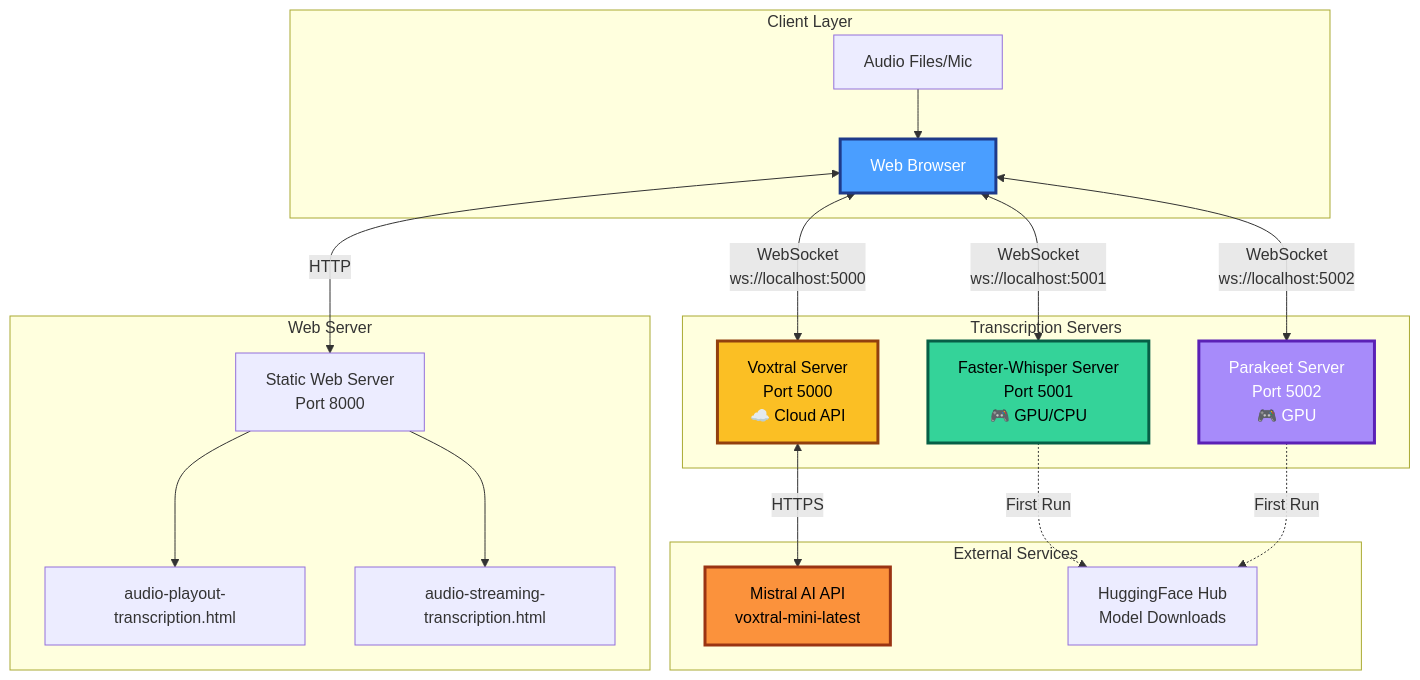
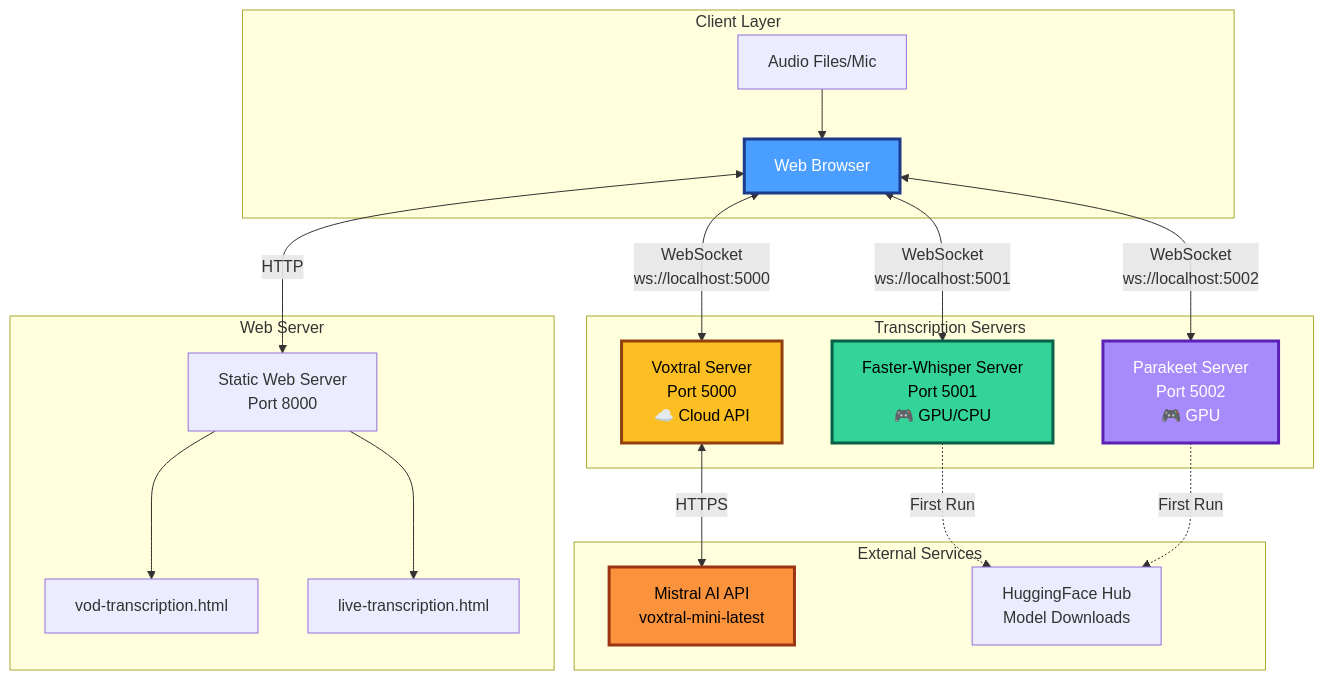
One commit to gjovanov/speech2text changed the diagram in assets/system-architecture.mmd. Above: the diagram before and after it, drawn with Mermaid. The commit also changed 16 other files, not shown here.

```diff
--- a/assets/system-architecture.mmd
+++ b/assets/system-architecture.mmd
@@ -1,41 +1,41 @@
 graph TB
     subgraph "Client Layer"
         Browser[Web Browser]
         Audio[Audio Files/Mic]
     end
 
     subgraph "Web Server"
         WebUI[Static Web Server<br/>Port 8000]
-        HTML1[audio-playout-transcription.html]
-        HTML2[audio-streaming-transcription.html]
+        HTML1[vod-transcription.html]
+        HTML2[live-transcription.html]
     end
 
     subgraph "Transcription Servers"
         Voxtral[Voxtral Server<br/>Port 5000<br/>☁️ Cloud API]
         Whisper[Faster-Whisper Server<br/>Port 5001<br/>🎮 GPU/CPU]
         Parakeet[Parakeet Server<br/>Port 5002<br/>🎮 GPU]
     end
 
     subgraph "External Services"
         MistralAPI[Mistral AI API<br/>voxtral-mini-latest]
         HuggingFace[HuggingFace Hub<br/>Model Downloads]
     end
 
     Audio --> Browser
     Browser <-->|HTTP| WebUI
     WebUI --> HTML1
     WebUI --> HTML2
 
     Browser <-->|WebSocket<br/>ws://localhost:5000| Voxtral
     Browser <-->|WebSocket<br/>ws://localhost:5001| Whisper
     Browser <-->|WebSocket<br/>ws://localhost:5002| Parakeet
 
     Voxtral <-->|HTTPS| MistralAPI
     Whisper -.->|First Run| HuggingFace
     Parakeet -.->|First Run| HuggingFace
 
     style Browser fill:#4a9eff,stroke:#1e3a8a,stroke-width:3px,color:#fff
     style Voxtral fill:#fbbf24,stroke:#92400e,stroke-width:3px,color:#000
     style Whisper fill:#34d399,stroke:#065f46,stroke-width:3px,color:#000
     style Parakeet fill:#a78bfa,stroke:#5b21b6,stroke-width:3px,color:#fff
     style MistralAPI fill:#fb923c,stroke:#9a3412,stroke-width:3px,color:#000
```
